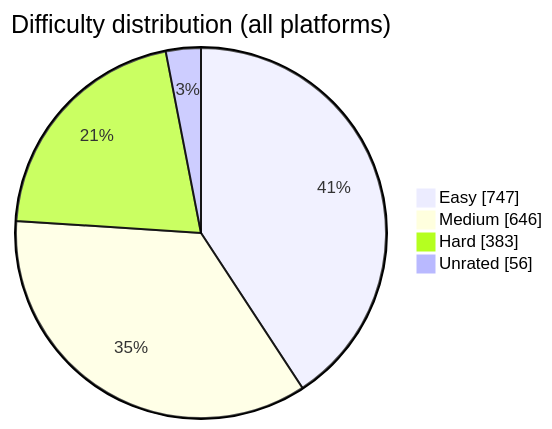
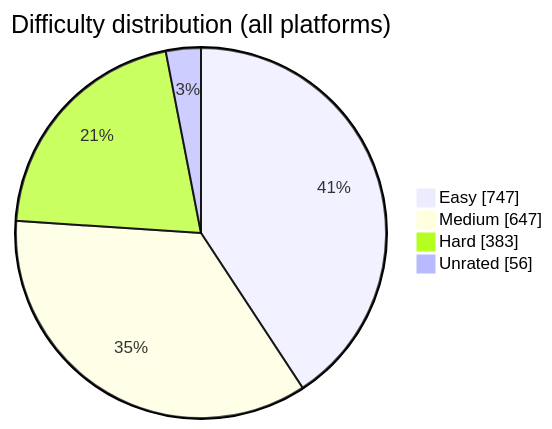
The diagram in README.md (BuildbyArindam/Daily-Coding-Log), drawn with Mermaid before and after one commit. The commit also changed other lines of this file, not shown here.

````diff
--- a/README.md
+++ b/README.md
@@ -108,7 +108,7 @@
 ```mermaid
 pie showData title Difficulty distribution (all platforms)
     "Easy" : 747
-    "Medium" : 646
+    "Medium" : 647
     "Hard" : 383
     "Unrated" : 56
 ```
````
